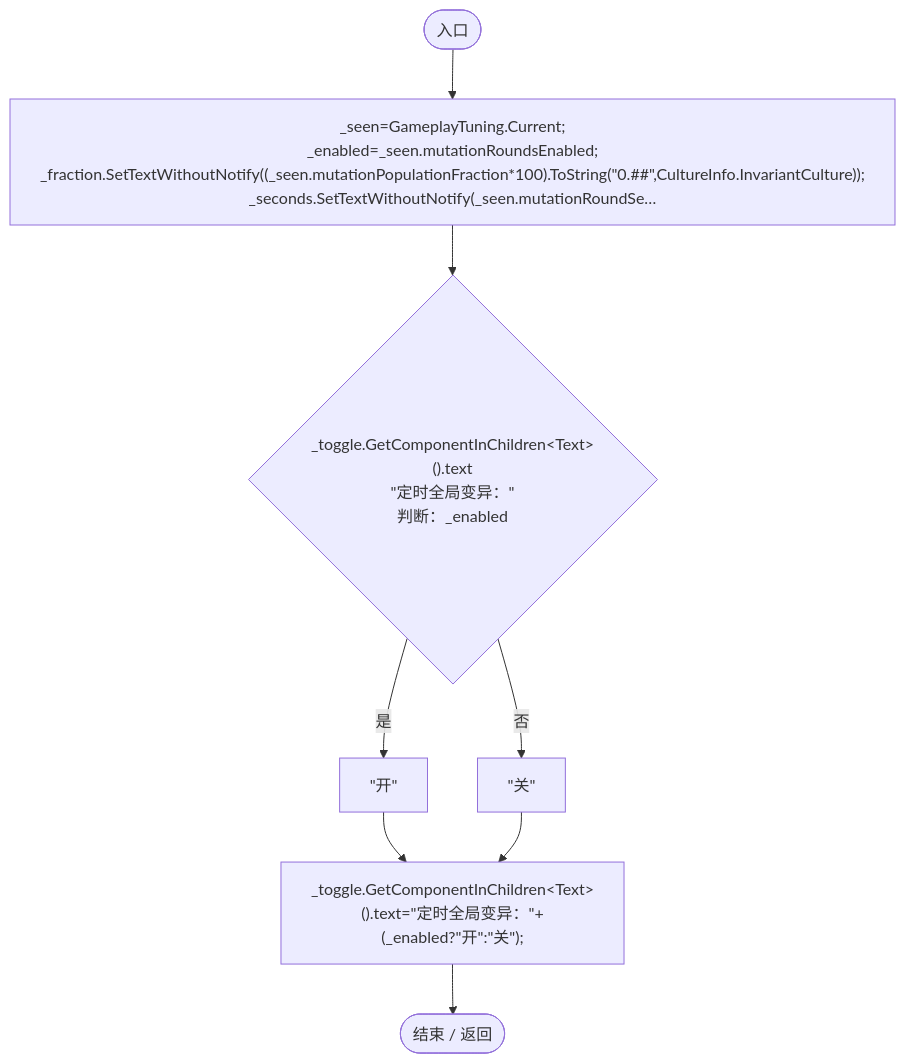
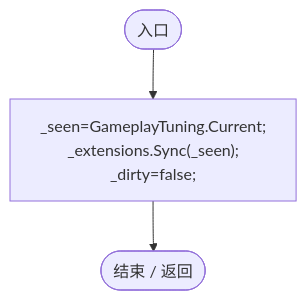
Diagram 13 of 16 in Docs/运行流程图/脚本/dd1021765f4bd253.md (xhs6666/Darwin_paradise), drawn with Mermaid before and after one commit. The commit also changed other lines of this file and 146 other files, not shown here.

````diff
--- a/Docs/运行流程图/脚本/dd1021765f4bd253.md
+++ b/Docs/运行流程图/脚本/dd1021765f4bd253.md
@@ -309,18 +325,9 @@
 ```mermaid
 flowchart TD
   b0(["入口"])
-  b1["_seen=GameplayTuning.Current;<br/>_enabled=_seen.mutationRoundsEnabled;<br/>_fraction.SetTextWithoutNotify((_seen.mutationPopulationFraction*100).ToString(&quot;0.##&quot;,CultureInfo.InvariantCulture));<br/>_seconds.SetTextWithoutNotify(_seen.mutationRoundSe…"]
-  b2{"_toggle.GetComponentInChildren&lt;Text&gt;().text<br/>&quot;定时全局变异：&quot;<br/>判断：_enabled"}
-  b3["&quot;开&quot;"]
-  b4["&quot;关&quot;"]
-  b5["_toggle.GetComponentInChildren&lt;Text&gt;().text=&quot;定时全局变异：&quot;+(_enabled?&quot;开&quot;:&quot;关&quot;);"]
-  b6(["结束 / 返回"])
+  b1["_seen=GameplayTuning.Current;<br/>_extensions.Sync(_seen);<br/>_dirty=false;"]
+  b2(["结束 / 返回"])
   b0 --> b1
   b1 --> b2
-  b2 -->|"是"| b3
-  b2 -->|"否"| b4
-  b3 --> b5
-  b4 --> b5
-  b5 --> b6
 
 ```
````
